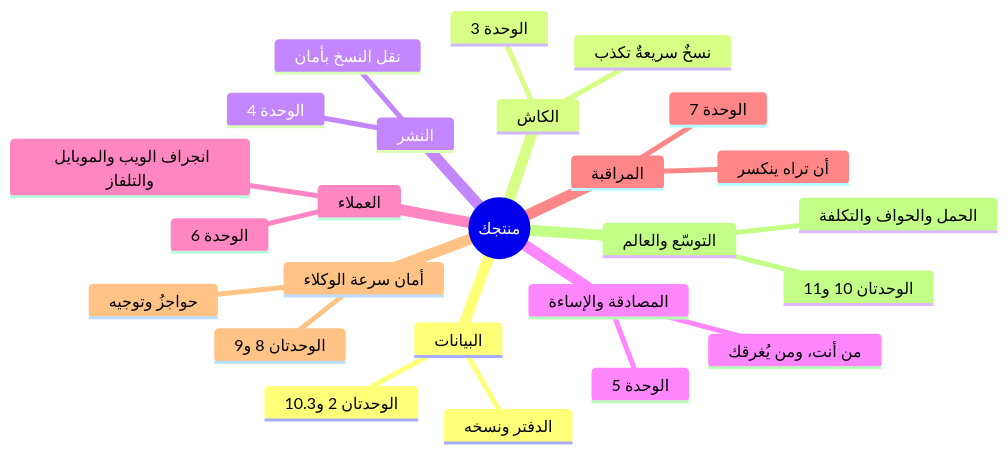
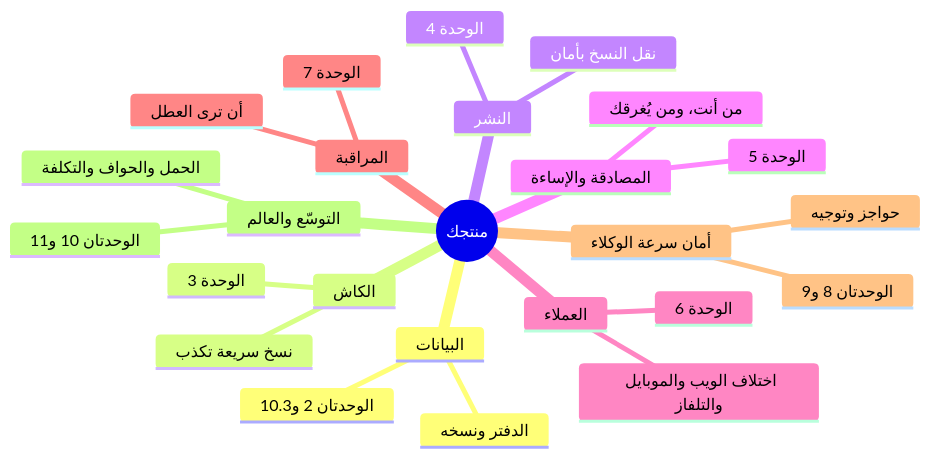
The second of 3 diagrams in modules/0-the-gap/the-gap.ar.md (Tamoura/system-design-for-vibe-coders), drawn with Mermaid before and after one commit. The commit also changed other lines of this file and 5 other files, not shown here.

````diff
--- a/modules/0-the-gap/the-gap.ar.md
+++ b/modules/0-the-gap/the-gap.ar.md
@@ -99,28 +99,28 @@
 ```mermaid
 mindmap
   root((منتجك))
     البيانات
       الدفتر ونسخه
       الوحدتان 2 و10.3
     الكاش
-      نسخٌ سريعةٌ تكذب
+      نسخ سريعة تكذب
       الوحدة 3
     النشر
       نقل النسخ بأمان
       الوحدة 4
     المصادقة والإساءة
       من أنت، ومن يُغرقك
       الوحدة 5
     العملاء
-      انجراف الويب والموبايل والتلفاز
+      اختلاف الويب والموبايل والتلفاز
       الوحدة 6
     المراقبة
-      أن تراه ينكسر
+      أن ترى العطل
       الوحدة 7
     أمان سرعة الوكلاء
-      حواجزُ وتوجيه
+      حواجز وتوجيه
       الوحدتان 8 و9
     التوسّع والعالم
       الحمل والحواف والتكلفة
       الوحدتان 10 و11
 ```
````
